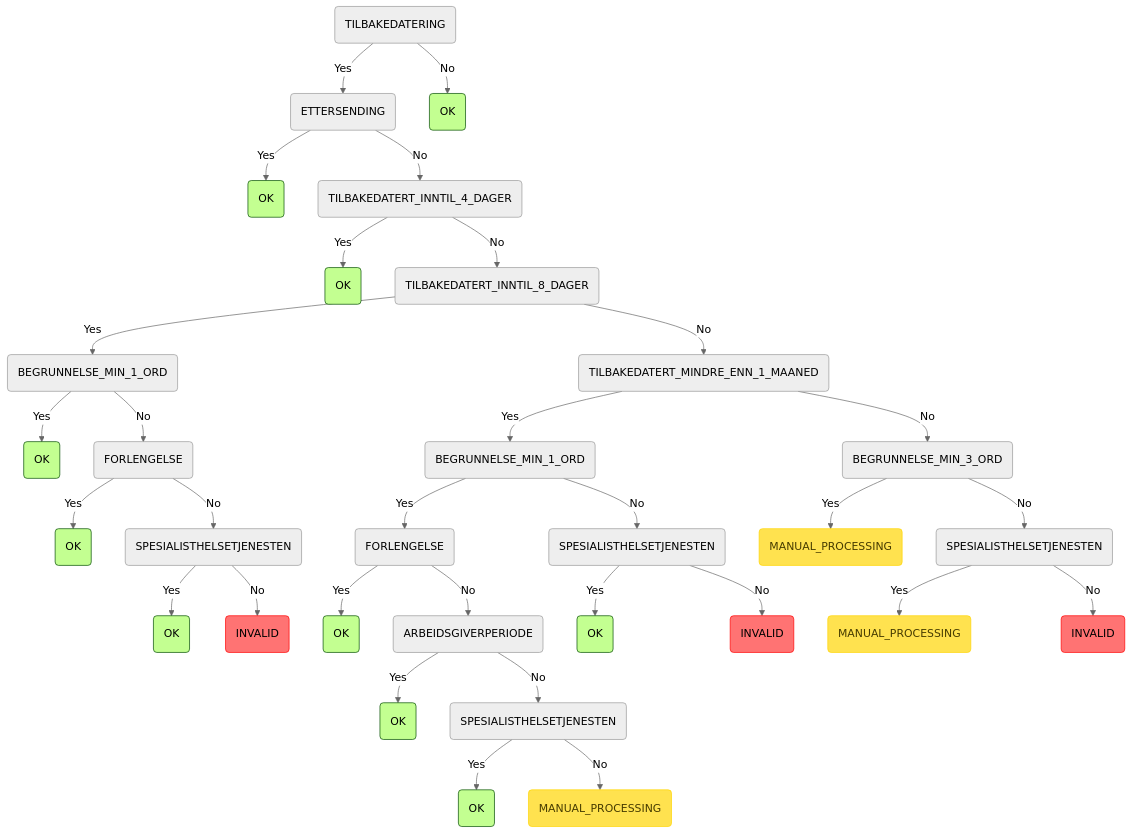
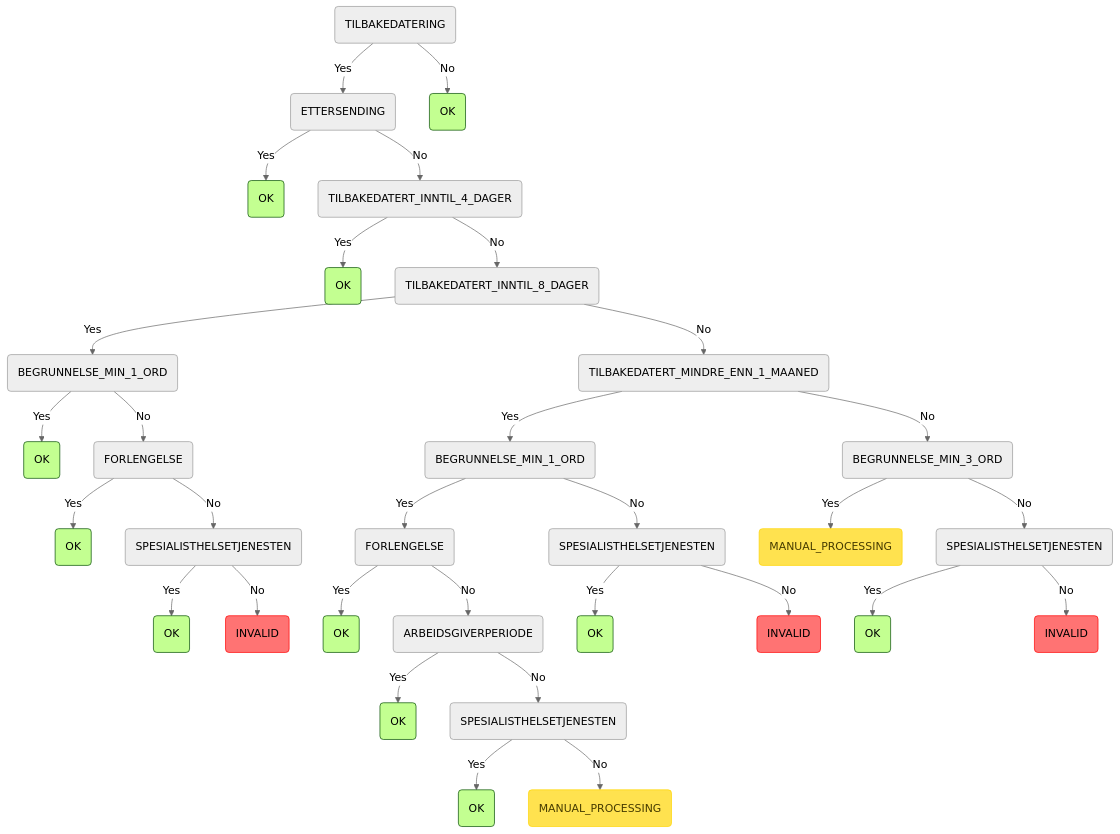
The ninth of 9 diagrams in README.md (navikt/syfosmregler), drawn with Mermaid (neutral theme) before and after one commit. The commit also changed other lines of this file and 35 other files, not shown here.

````diff
--- a/README.md
+++ b/README.md
@@ -295,36 +255,36 @@
 ```mermaid
 graph TD
     root(TILBAKEDATERING) -->|Yes| root_TILBAKEDATERING_ETTERSENDING(ETTERSENDING)
     root_TILBAKEDATERING_ETTERSENDING(ETTERSENDING) -->|Yes| root_TILBAKEDATERING_ETTERSENDING_OK(OK):::ok
     root_TILBAKEDATERING_ETTERSENDING(ETTERSENDING) -->|No| root_TILBAKEDATERING_ETTERSENDING_TILBAKEDATERT_INNTIL_4_DAGER(TILBAKEDATERT_INNTIL_4_DAGER)
     root_TILBAKEDATERING_ETTERSENDING_TILBAKEDATERT_INNTIL_4_DAGER(TILBAKEDATERT_INNTIL_4_DAGER) -->|Yes| root_TILBAKEDATERING_ETTERSENDING_TILBAKEDATERT_INNTIL_4_DAGER_OK(OK):::ok
     root_TILBAKEDATERING_ETTERSENDING_TILBAKEDATERT_INNTIL_4_DAGER(TILBAKEDATERT_INNTIL_4_DAGER) -->|No| root_TILBAKEDATERING_ETTERSENDING_TILBAKEDATERT_INNTIL_4_DAGER_TILBAKEDATERT_INNTIL_8_DAGER(TILBAKEDATERT_INNTIL_8_DAGER)
     root_TILBAKEDATERING_ETTERSENDING_TILBAKEDATERT_INNTIL_4_DAGER_TILBAKEDATERT_INNTIL_8_DAGER(TILBAKEDATERT_INNTIL_8_DAGER) -->|Yes| root_TILBAKEDATERING_ETTERSENDING_TILBAKEDATERT_INNTIL_4_DAGER_TILBAKEDATERT_INNTIL_8_DAGER_BEGRUNNELSE_MIN_1_ORD(BEGRUNNELSE_MIN_1_ORD)
     root_TILBAKEDATERING_ETTERSENDING_TILBAKEDATERT_INNTIL_4_DAGER_TILBAKEDATERT_INNTIL_8_DAGER_BEGRUNNELSE_MIN_1_ORD(BEGRUNNELSE_MIN_1_ORD) -->|Yes| root_TILBAKEDATERING_ETTERSENDING_TILBAKEDATERT_INNTIL_4_DAGER_TILBAKEDATERT_INNTIL_8_DAGER_BEGRUNNELSE_MIN_1_ORD_OK(OK):::ok
     root_TILBAKEDATERING_ETTERSENDING_TILBAKEDATERT_INNTIL_4_DAGER_TILBAKEDATERT_INNTIL_8_DAGER_BEGRUNNELSE_MIN_1_ORD(BEGRUNNELSE_MIN_1_ORD) -->|No| root_TILBAKEDATERING_ETTERSENDING_TILBAKEDATERT_INNTIL_4_DAGER_TILBAKEDATERT_INNTIL_8_DAGER_BEGRUNNELSE_MIN_1_ORD_FORLENGELSE(FORLENGELSE)
     root_TILBAKEDATERING_ETTERSENDING_TILBAKEDATERT_INNTIL_4_DAGER_TILBAKEDATERT_INNTIL_8_DAGER_BEGRUNNELSE_MIN_1_ORD_FORLENGELSE(FORLENGELSE) -->|Yes| root_TILBAKEDATERING_ETTERSENDING_TILBAKEDATERT_INNTIL_4_DAGER_TILBAKEDATERT_INNTIL_8_DAGER_BEGRUNNELSE_MIN_1_ORD_FORLENGELSE_OK(OK):::ok
     root_TILBAKEDATERING_ETTERSENDING_TILBAKEDATERT_INNTIL_4_DAGER_TILBAKEDATERT_INNTIL_8_DAGER_BEGRUNNELSE_MIN_1_ORD_FORLENGELSE(FORLENGELSE) -->|No| root_TILBAKEDATERING_ETTERSENDING_TILBAKEDATERT_INNTIL_4_DAGER_TILBAKEDATERT_INNTIL_8_DAGER_BEGRUNNELSE_MIN_1_ORD_FORLENGELSE_SPESIALISTHELSETJENESTEN(SPESIALISTHELSETJENESTEN)
     root_TILBAKEDATERING_ETTERSENDING_TILBAKEDATERT_INNTIL_4_DAGER_TILBAKEDATERT_INNTIL_8_DAGER_BEGRUNNELSE_MIN_1_ORD_FORLENGELSE_SPESIALISTHELSETJENESTEN(SPESIALISTHELSETJENESTEN) -->|Yes| root_TILBAKEDATERING_ETTERSENDING_TILBAKEDATERT_INNTIL_4_DAGER_TILBAKEDATERT_INNTIL_8_DAGER_BEGRUNNELSE_MIN_1_ORD_FORLENGELSE_SPESIALISTHELSETJENESTEN_OK(OK):::ok
     root_TILBAKEDATERING_ETTERSENDING_TILBAKEDATERT_INNTIL_4_DAGER_TILBAKEDATERT_INNTIL_8_DAGER_BEGRUNNELSE_MIN_1_ORD_FORLENGELSE_SPESIALISTHELSETJENESTEN(SPESIALISTHELSETJENESTEN) -->|No| root_TILBAKEDATERING_ETTERSENDING_TILBAKEDATERT_INNTIL_4_DAGER_TILBAKEDATERT_INNTIL_8_DAGER_BEGRUNNELSE_MIN_1_ORD_FORLENGELSE_SPESIALISTHELSETJENESTEN_INVALID(INVALID):::invalid
     root_TILBAKEDATERING_ETTERSENDING_TILBAKEDATERT_INNTIL_4_DAGER_TILBAKEDATERT_INNTIL_8_DAGER(TILBAKEDATERT_INNTIL_8_DAGER) -->|No| root_TILBAKEDATERING_ETTERSENDING_TILBAKEDATERT_INNTIL_4_DAGER_TILBAKEDATERT_INNTIL_8_DAGER_TILBAKEDATERT_MINDRE_ENN_1_MAANED(TILBAKEDATERT_MINDRE_ENN_1_MAANED)
     root_TILBAKEDATERING_ETTERSENDING_TILBAKEDATERT_INNTIL_4_DAGER_TILBAKEDATERT_INNTIL_8_DAGER_TILBAKEDATERT_MINDRE_ENN_1_MAANED(TILBAKEDATERT_MINDRE_ENN_1_MAANED) -->|Yes| root_TILBAKEDATERING_ETTERSENDING_TILBAKEDATERT_INNTIL_4_DAGER_TILBAKEDATERT_INNTIL_8_DAGER_TILBAKEDATERT_MINDRE_ENN_1_MAANED_BEGRUNNELSE_MIN_1_ORD(BEGRUNNELSE_MIN_1_ORD)
     root_TILBAKEDATERING_ETTERSENDING_TILBAKEDATERT_INNTIL_4_DAGER_TILBAKEDATERT_INNTIL_8_DAGER_TILBAKEDATERT_MINDRE_ENN_1_MAANED_BEGRUNNELSE_MIN_1_ORD(BEGRUNNELSE_MIN_1_ORD) -->|Yes| root_TILBAKEDATERING_ETTERSENDING_TILBAKEDATERT_INNTIL_4_DAGER_TILBAKEDATERT_INNTIL_8_DAGER_TILBAKEDATERT_MINDRE_ENN_1_MAANED_BEGRUNNELSE_MIN_1_ORD_FORLENGELSE(FORLENGELSE)
     root_TILBAKEDATERING_ETTERSENDING_TILBAKEDATERT_INNTIL_4_DAGER_TILBAKEDATERT_INNTIL_8_DAGER_TILBAKEDATERT_MINDRE_ENN_1_MAANED_BEGRUNNELSE_MIN_1_ORD_FORLENGELSE(FORLENGELSE) -->|Yes| root_TILBAKEDATERING_ETTERSENDING_TILBAKEDATERT_INNTIL_4_DAGER_TILBAKEDATERT_INNTIL_8_DAGER_TILBAKEDATERT_MINDRE_ENN_1_MAANED_BEGRUNNELSE_MIN_1_ORD_FORLENGELSE_OK(OK):::ok
     root_TILBAKEDATERING_ETTERSENDING_TILBAKEDATERT_INNTIL_4_DAGER_TILBAKEDATERT_INNTIL_8_DAGER_TILBAKEDATERT_MINDRE_ENN_1_MAANED_BEGRUNNELSE_MIN_1_ORD_FORLENGELSE(FORLENGELSE) -->|No| root_TILBAKEDATERING_ETTERSENDING_TILBAKEDATERT_INNTIL_4_DAGER_TILBAKEDATERT_INNTIL_8_DAGER_TILBAKEDATERT_MINDRE_ENN_1_MAANED_BEGRUNNELSE_MIN_1_ORD_FORLENGELSE_ARBEIDSGIVERPERIODE(ARBEIDSGIVERPERIODE)
     root_TILBAKEDATERING_ETTERSENDING_TILBAKEDATERT_INNTIL_4_DAGER_TILBAKEDATERT_INNTIL_8_DAGER_TILBAKEDATERT_MINDRE_ENN_1_MAANED_BEGRUNNELSE_MIN_1_ORD_FORLENGELSE_ARBEIDSGIVERPERIODE(ARBEIDSGIVERPERIODE) -->|Yes| root_TILBAKEDATERING_ETTERSENDING_TILBAKEDATERT_INNTIL_4_DAGER_TILBAKEDATERT_INNTIL_8_DAGER_TILBAKEDATERT_MINDRE_ENN_1_MAANED_BEGRUNNELSE_MIN_1_ORD_FORLENGELSE_ARBEIDSGIVERPERIODE_OK(OK):::ok
     root_TILBAKEDATERING_ETTERSENDING_TILBAKEDATERT_INNTIL_4_DAGER_TILBAKEDATERT_INNTIL_8_DAGER_TILBAKEDATERT_MINDRE_ENN_1_MAANED_BEGRUNNELSE_MIN_1_ORD_FORLENGELSE_ARBEIDSGIVERPERIODE(ARBEIDSGIVERPERIODE) -->|No| root_TILBAKEDATERING_ETTERSENDING_TILBAKEDATERT_INNTIL_4_DAGER_TILBAKEDATERT_INNTIL_8_DAGER_TILBAKEDATERT_MINDRE_ENN_1_MAANED_BEGRUNNELSE_MIN_1_ORD_FORLENGELSE_ARBEIDSGIVERPERIODE_SPESIALISTHELSETJENESTEN(SPESIALISTHELSETJENESTEN)
     root_TILBAKEDATERING_ETTERSENDING_TILBAKEDATERT_INNTIL_4_DAGER_TILBAKEDATERT_INNTIL_8_DAGER_TILBAKEDATERT_MINDRE_ENN_1_MAANED_BEGRUNNELSE_MIN_1_ORD_FORLENGELSE_ARBEIDSGIVERPERIODE_SPESIALISTHELSETJENESTEN(SPESIALISTHELSETJENESTEN) -->|Yes| root_TILBAKEDATERING_ETTERSENDING_TILBAKEDATERT_INNTIL_4_DAGER_TILBAKEDATERT_INNTIL_8_DAGER_TILBAKEDATERT_MINDRE_ENN_1_MAANED_BEGRUNNELSE_MIN_1_ORD_FORLENGELSE_ARBEIDSGIVERPERIODE_SPESIALISTHELSETJENESTEN_OK(OK):::ok
     root_TILBAKEDATERING_ETTERSENDING_TILBAKEDATERT_INNTIL_4_DAGER_TILBAKEDATERT_INNTIL_8_DAGER_TILBAKEDATERT_MINDRE_ENN_1_MAANED_BEGRUNNELSE_MIN_1_ORD_FORLENGELSE_ARBEIDSGIVERPERIODE_SPESIALISTHELSETJENESTEN(SPESIALISTHELSETJENESTEN) -->|No| root_TILBAKEDATERING_ETTERSENDING_TILBAKEDATERT_INNTIL_4_DAGER_TILBAKEDATERT_INNTIL_8_DAGER_TILBAKEDATERT_MINDRE_ENN_1_MAANED_BEGRUNNELSE_MIN_1_ORD_FORLENGELSE_ARBEIDSGIVERPERIODE_SPESIALISTHELSETJENESTEN_MANUAL_PROCESSING(MANUAL_PROCESSING):::manuell
     root_TILBAKEDATERING_ETTERSENDING_TILBAKEDATERT_INNTIL_4_DAGER_TILBAKEDATERT_INNTIL_8_DAGER_TILBAKEDATERT_MINDRE_ENN_1_MAANED_BEGRUNNELSE_MIN_1_ORD(BEGRUNNELSE_MIN_1_ORD) -->|No| root_TILBAKEDATERING_ETTERSENDING_TILBAKEDATERT_INNTIL_4_DAGER_TILBAKEDATERT_INNTIL_8_DAGER_TILBAKEDATERT_MINDRE_ENN_1_MAANED_BEGRUNNELSE_MIN_1_ORD_SPESIALISTHELSETJENESTEN(SPESIALISTHELSETJENESTEN)
     root_TILBAKEDATERING_ETTERSENDING_TILBAKEDATERT_INNTIL_4_DAGER_TILBAKEDATERT_INNTIL_8_DAGER_TILBAKEDATERT_MINDRE_ENN_1_MAANED_BEGRUNNELSE_MIN_1_ORD_SPESIALISTHELSETJENESTEN(SPESIALISTHELSETJENESTEN) -->|Yes| root_TILBAKEDATERING_ETTERSENDING_TILBAKEDATERT_INNTIL_4_DAGER_TILBAKEDATERT_INNTIL_8_DAGER_TILBAKEDATERT_MINDRE_ENN_1_MAANED_BEGRUNNELSE_MIN_1_ORD_SPESIALISTHELSETJENESTEN_OK(OK):::ok
     root_TILBAKEDATERING_ETTERSENDING_TILBAKEDATERT_INNTIL_4_DAGER_TILBAKEDATERT_INNTIL_8_DAGER_TILBAKEDATERT_MINDRE_ENN_1_MAANED_BEGRUNNELSE_MIN_1_ORD_SPESIALISTHELSETJENESTEN(SPESIALISTHELSETJENESTEN) -->|No| root_TILBAKEDATERING_ETTERSENDING_TILBAKEDATERT_INNTIL_4_DAGER_TILBAKEDATERT_INNTIL_8_DAGER_TILBAKEDATERT_MINDRE_ENN_1_MAANED_BEGRUNNELSE_MIN_1_ORD_SPESIALISTHELSETJENESTEN_INVALID(INVALID):::invalid
     root_TILBAKEDATERING_ETTERSENDING_TILBAKEDATERT_INNTIL_4_DAGER_TILBAKEDATERT_INNTIL_8_DAGER_TILBAKEDATERT_MINDRE_ENN_1_MAANED(TILBAKEDATERT_MINDRE_ENN_1_MAANED) -->|No| root_TILBAKEDATERING_ETTERSENDING_TILBAKEDATERT_INNTIL_4_DAGER_TILBAKEDATERT_INNTIL_8_DAGER_TILBAKEDATERT_MINDRE_ENN_1_MAANED_BEGRUNNELSE_MIN_3_ORD(BEGRUNNELSE_MIN_3_ORD)
     root_TILBAKEDATERING_ETTERSENDING_TILBAKEDATERT_INNTIL_4_DAGER_TILBAKEDATERT_INNTIL_8_DAGER_TILBAKEDATERT_MINDRE_ENN_1_MAANED_BEGRUNNELSE_MIN_3_ORD(BEGRUNNELSE_MIN_3_ORD) -->|Yes| root_TILBAKEDATERING_ETTERSENDING_TILBAKEDATERT_INNTIL_4_DAGER_TILBAKEDATERT_INNTIL_8_DAGER_TILBAKEDATERT_MINDRE_ENN_1_MAANED_BEGRUNNELSE_MIN_3_ORD_MANUAL_PROCESSING(MANUAL_PROCESSING):::manuell
     root_TILBAKEDATERING_ETTERSENDING_TILBAKEDATERT_INNTIL_4_DAGER_TILBAKEDATERT_INNTIL_8_DAGER_TILBAKEDATERT_MINDRE_ENN_1_MAANED_BEGRUNNELSE_MIN_3_ORD(BEGRUNNELSE_MIN_3_ORD) -->|No| root_TILBAKEDATERING_ETTERSENDING_TILBAKEDATERT_INNTIL_4_DAGER_TILBAKEDATERT_INNTIL_8_DAGER_TILBAKEDATERT_MINDRE_ENN_1_MAANED_BEGRUNNELSE_MIN_3_ORD_SPESIALISTHELSETJENESTEN(SPESIALISTHELSETJENESTEN)
-    root_TILBAKEDATERING_ETTERSENDING_TILBAKEDATERT_INNTIL_4_DAGER_TILBAKEDATERT_INNTIL_8_DAGER_TILBAKEDATERT_MINDRE_ENN_1_MAANED_BEGRUNNELSE_MIN_3_ORD_SPESIALISTHELSETJENESTEN(SPESIALISTHELSETJENESTEN) -->|Yes| root_TILBAKEDATERING_ETTERSENDING_TILBAKEDATERT_INNTIL_4_DAGER_TILBAKEDATERT_INNTIL_8_DAGER_TILBAKEDATERT_MINDRE_ENN_1_MAANED_BEGRUNNELSE_MIN_3_ORD_SPESIALISTHELSETJENESTEN_MANUAL_PROCESSING(MANUAL_PROCESSING):::manuell
+    root_TILBAKEDATERING_ETTERSENDING_TILBAKEDATERT_INNTIL_4_DAGER_TILBAKEDATERT_INNTIL_8_DAGER_TILBAKEDATERT_MINDRE_ENN_1_MAANED_BEGRUNNELSE_MIN_3_ORD_SPESIALISTHELSETJENESTEN(SPESIALISTHELSETJENESTEN) -->|Yes| root_TILBAKEDATERING_ETTERSENDING_TILBAKEDATERT_INNTIL_4_DAGER_TILBAKEDATERT_INNTIL_8_DAGER_TILBAKEDATERT_MINDRE_ENN_1_MAANED_BEGRUNNELSE_MIN_3_ORD_SPESIALISTHELSETJENESTEN_OK(OK):::ok
     root_TILBAKEDATERING_ETTERSENDING_TILBAKEDATERT_INNTIL_4_DAGER_TILBAKEDATERT_INNTIL_8_DAGER_TILBAKEDATERT_MINDRE_ENN_1_MAANED_BEGRUNNELSE_MIN_3_ORD_SPESIALISTHELSETJENESTEN(SPESIALISTHELSETJENESTEN) -->|No| root_TILBAKEDATERING_ETTERSENDING_TILBAKEDATERT_INNTIL_4_DAGER_TILBAKEDATERT_INNTIL_8_DAGER_TILBAKEDATERT_MINDRE_ENN_1_MAANED_BEGRUNNELSE_MIN_3_ORD_SPESIALISTHELSETJENESTEN_INVALID(INVALID):::invalid
     root(TILBAKEDATERING) -->|No| root_TILBAKEDATERING_OK(OK):::ok
     classDef ok fill:#c3ff91,stroke:#004a00,color: black;
     classDef invalid fill:#ff7373,stroke:#ff0000,color: black;
     classDef manuell fill:#ffe24f,stroke:#ffd500,color: #473c00;
 ```
````
